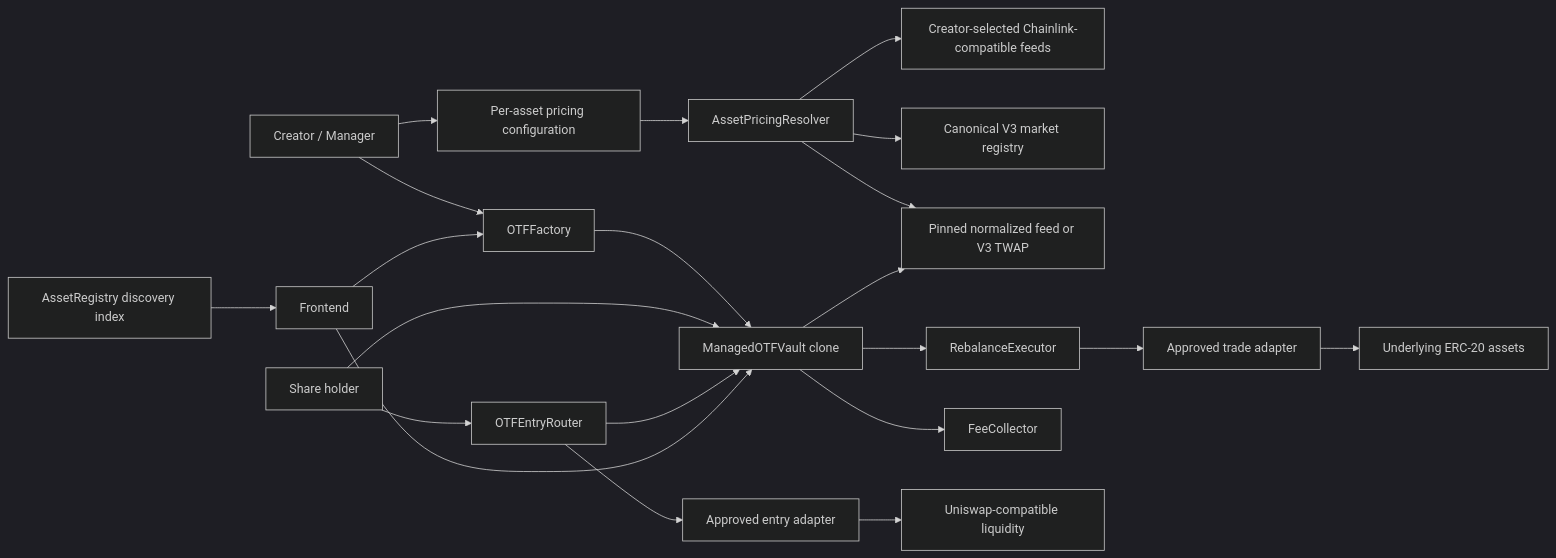
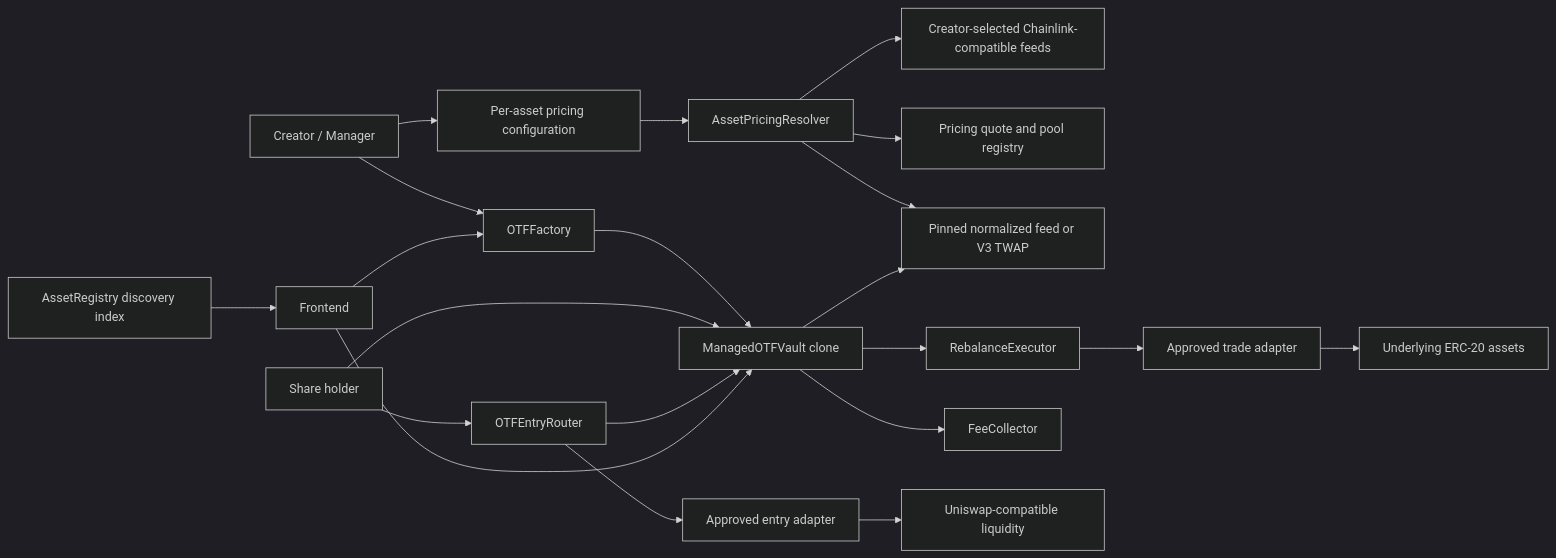
Before and after one commit to han1ue/onchaintradedfunds: the diagram in README.md, drawn with Mermaid (dark theme). The commit also changed other lines of this file and 29 other files, not shown here.

````diff
--- a/README.md
+++ b/README.md
@@ -68,23 +68,23 @@
 ```mermaid
 flowchart LR
   Creator[Creator / Manager] --> Factory[OTFFactory]
   Factory --> Clone[ManagedOTFVault clone]
   Creator --> Config[Per-asset pricing configuration]
   Config --> Resolver[AssetPricingResolver]
   Resolver --> Feeds[Creator-selected Chainlink-compatible feeds]
-  Resolver --> V3Registry[Canonical V3 market registry]
+  Resolver --> V3Registry[Pricing quote and pool registry]
   Resolver --> Pinned[Pinned normalized feed or V3 TWAP]
   Clone --> Pinned
   Registry[AssetRegistry discovery index] --> App[Frontend]
   Clone --> Executor[RebalanceExecutor]
   Executor --> Adapter[Approved trade adapter]
   Adapter --> Tokens[Underlying ERC-20 assets]
   Clone --> Collector[FeeCollector]
   User[Share holder] --> Clone
   User --> EntryRouter[OTFEntryRouter]
   EntryRouter --> EntryAdapter[Approved entry adapter]
   EntryAdapter --> Liquidity[Uniswap-compatible liquidity]
   EntryRouter --> Clone
   App --> Factory
   App --> Clone
 ```
````
